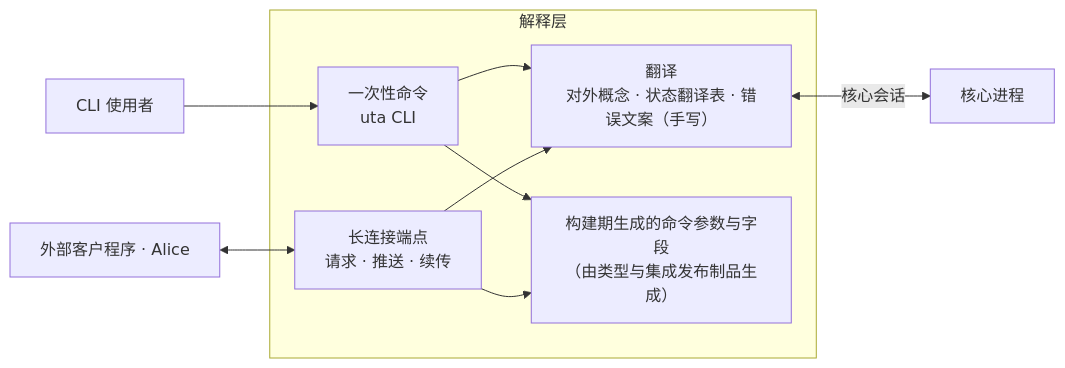
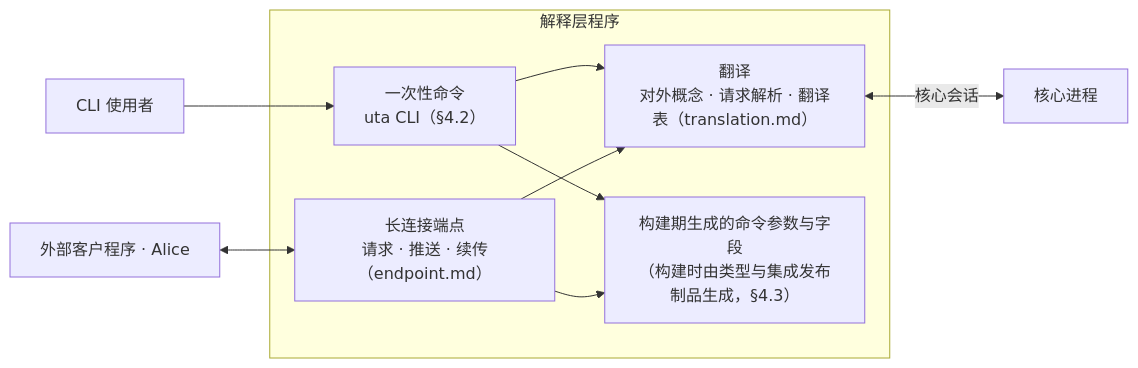
Before and after one commit to mouriya-s-lab/uta: the second of 2 diagrams in design/downstream/design.md, drawn with Mermaid. The commit also changed other lines of this file and 9 other files, not shown here.

````diff
--- a/design/downstream/design.md
+++ b/design/downstream/design.md
@@ -108,19 +89,19 @@
 ```mermaid
 flowchart LR
   CLIU["CLI 使用者"]
   EXT["外部客户程序 · Alice"]
-  subgraph IL["解释层"]
-    CMD["一次性命令<br/>uta CLI"]
-    LC["长连接端点<br/>请求 · 推送 · 续传"]
-    TR["翻译<br/>对外概念 · 状态翻译表 · 错误文案（手写）"]
-    GEN["构建期生成的命令参数与字段<br/>（由类型与集成发布制品生成）"]
+  subgraph IL["解释层程序"]
+    CMD["一次性命令<br/>uta CLI（§4.2）"]
+    LC["长连接端点<br/>请求 · 推送 · 续传（endpoint.md）"]
+    TR["翻译<br/>对外概念 · 请求解析 · 翻译表（translation.md）"]
+    GEN["构建期生成的命令参数与字段<br/>（构建时由类型与集成发布制品生成，§4.3）"]
   end
   CORE["核心进程"]
   CLIU --> CMD
   EXT <--> LC
   CMD --> TR
   LC --> TR
   CMD --> GEN
   LC --> GEN
   TR <-->|"核心会话"| CORE
 ```
````
